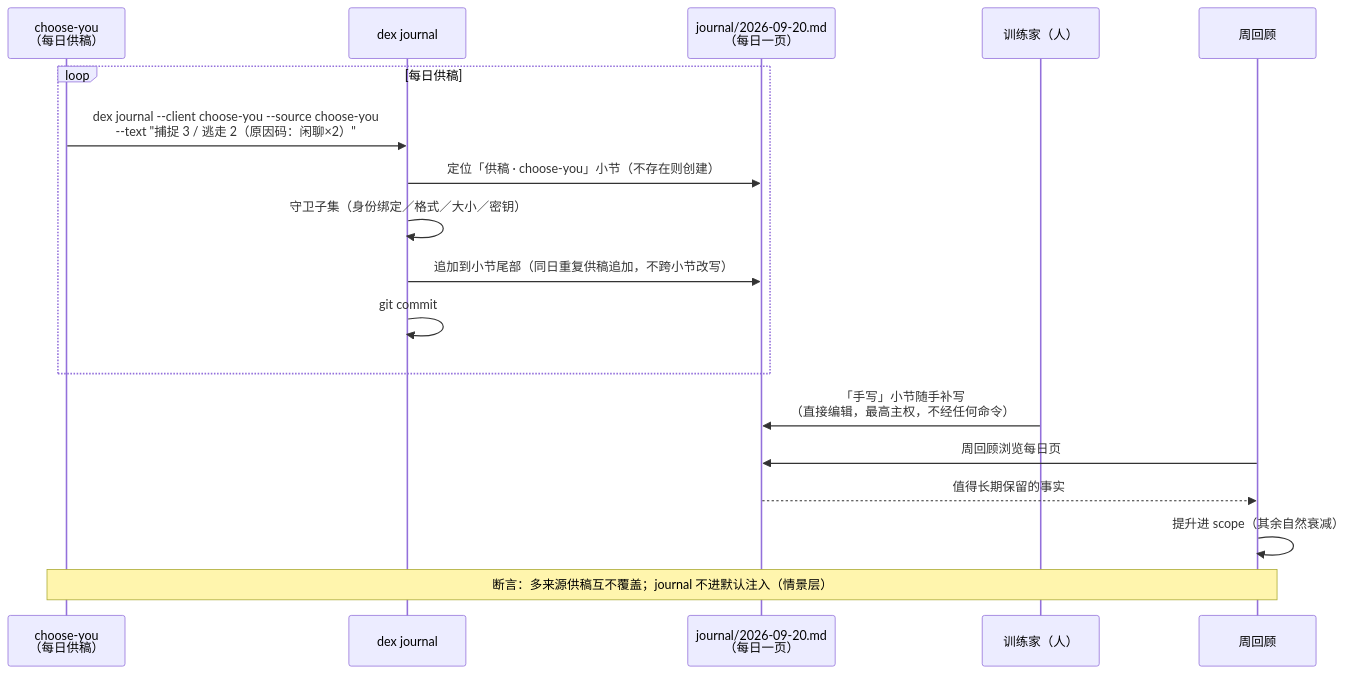
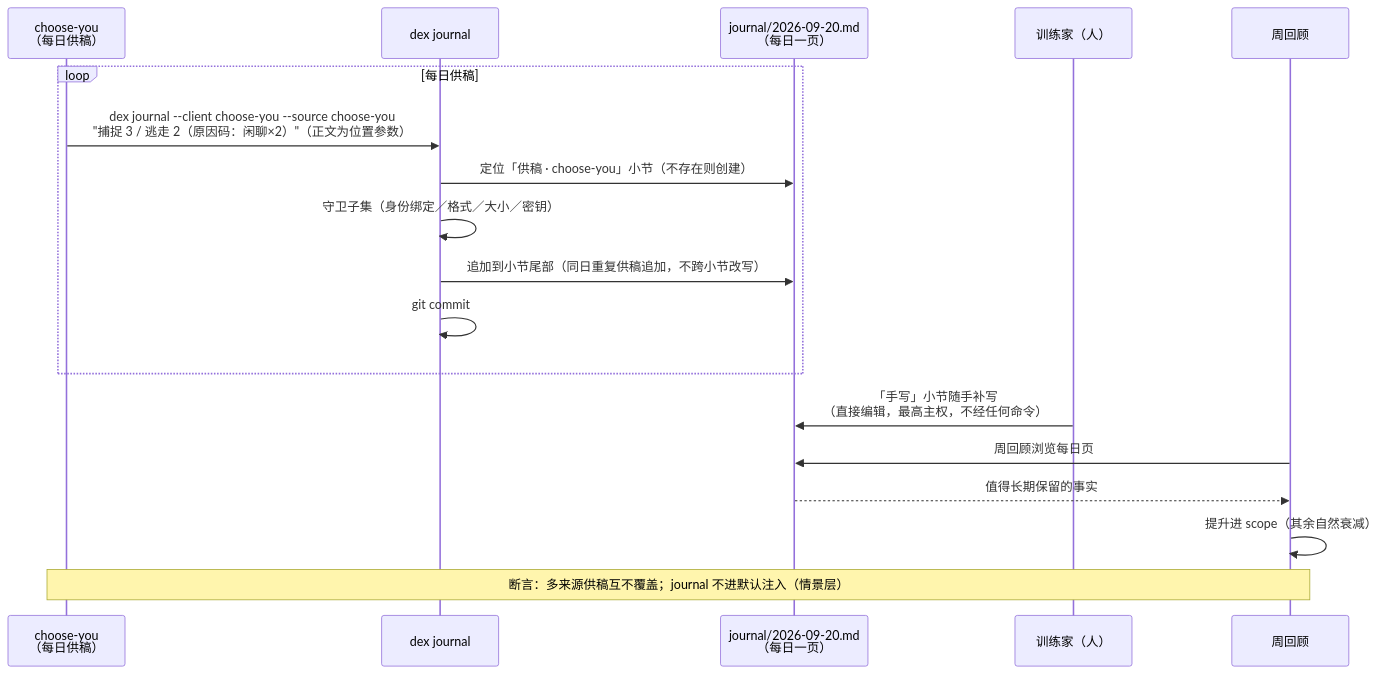
One commit to Jo0OCTsai/pokemon-remember-you changed the sixth of 14 diagrams in docs/SCENARIO_WALKTHROUGH.md. Above: the diagram before and after it, drawn with Mermaid. The commit also changed other lines of this file and 12 other files, not shown here.

````diff
--- a/docs/SCENARIO_WALKTHROUGH.md
+++ b/docs/SCENARIO_WALKTHROUGH.md
@@ -256,21 +256,21 @@
 ```mermaid
 sequenceDiagram
     participant CY as choose-you<br/>（每日供稿）
     participant DEX as dex journal
     participant JP as journal/2026-09-20.md<br/>（每日一页）
     participant H as 训练家（人）
     participant RV as 周回顾
 
     loop 每日供稿
-        CY->>DEX: dex journal --client choose-you --source choose-you<br/>--text "捕捉 3 / 逃走 2（原因码：闲聊×2）"
+        CY->>DEX: dex journal --client choose-you --source choose-you<br/>"捕捉 3 / 逃走 2（原因码：闲聊×2）"（正文为位置参数）
         DEX->>JP: 定位「供稿 · choose-you」小节（不存在则创建）
         DEX->>DEX: 守卫子集（身份绑定／格式／大小／密钥）
         DEX->>JP: 追加到小节尾部（同日重复供稿追加，不跨小节改写）
         DEX->>DEX: git commit
     end
     H->>JP: 「手写」小节随手补写<br/>（直接编辑，最高主权，不经任何命令）
     RV->>JP: 周回顾浏览每日页
     JP-->>RV: 值得长期保留的事实
     RV->>RV: 提升进 scope（其余自然衰减）
     Note over CY,RV: 断言：多来源供稿互不覆盖；journal 不进默认注入（情景层）
 ```
````
